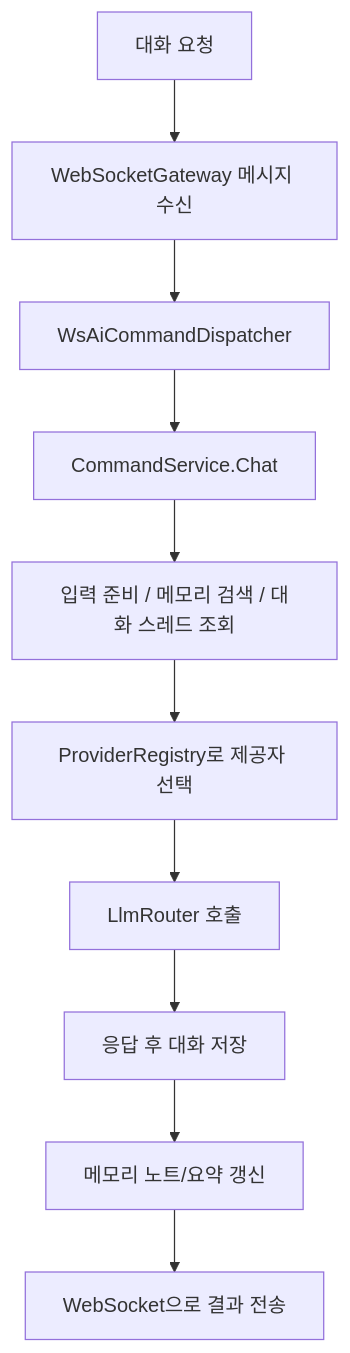
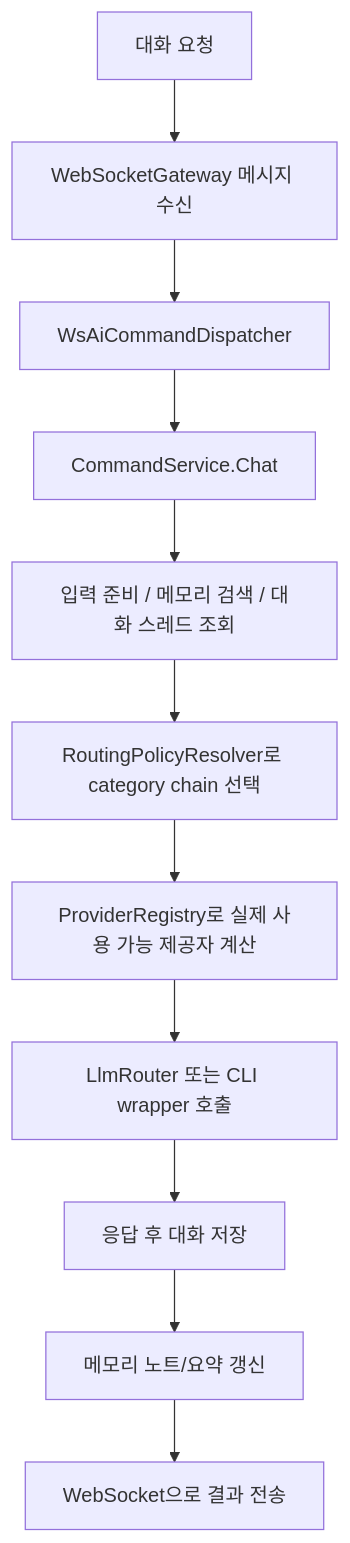
The fourth of 9 diagrams in docs/아키텍처_흐름.md (Tunelts3852/Omni-node), drawn with Mermaid before and after one commit. The commit also changed other lines of this file and 259 other files, not shown here.

````diff
--- a/docs/아키텍처_흐름.md
+++ b/docs/아키텍처_흐름.md
@@ -83,12 +85,13 @@
 ```mermaid
 flowchart TD
     A["대화 요청"] --> B["WebSocketGateway 메시지 수신"]
     B --> C["WsAiCommandDispatcher"]
     C --> D["CommandService.Chat"]
     D --> E["입력 준비 / 메모리 검색 / 대화 스레드 조회"]
-    E --> F["ProviderRegistry로 제공자 선택"]
-    F --> G["LlmRouter 호출"]
-    G --> H["응답 후 대화 저장"]
-    H --> I["메모리 노트/요약 갱신"]
-    I --> J["WebSocket으로 결과 전송"]
+    E --> F["RoutingPolicyResolver로 category chain 선택"]
+    F --> G["ProviderRegistry로 실제 사용 가능 제공자 계산"]
+    G --> H["LlmRouter 또는 CLI wrapper 호출"]
+    H --> I["응답 후 대화 저장"]
+    I --> J["메모리 노트/요약 갱신"]
+    J --> K["WebSocket으로 결과 전송"]
 ```
````
